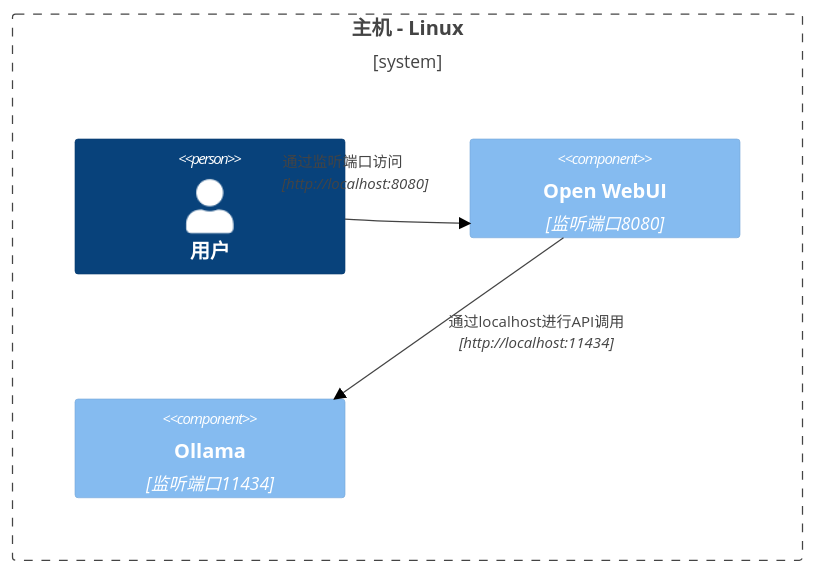
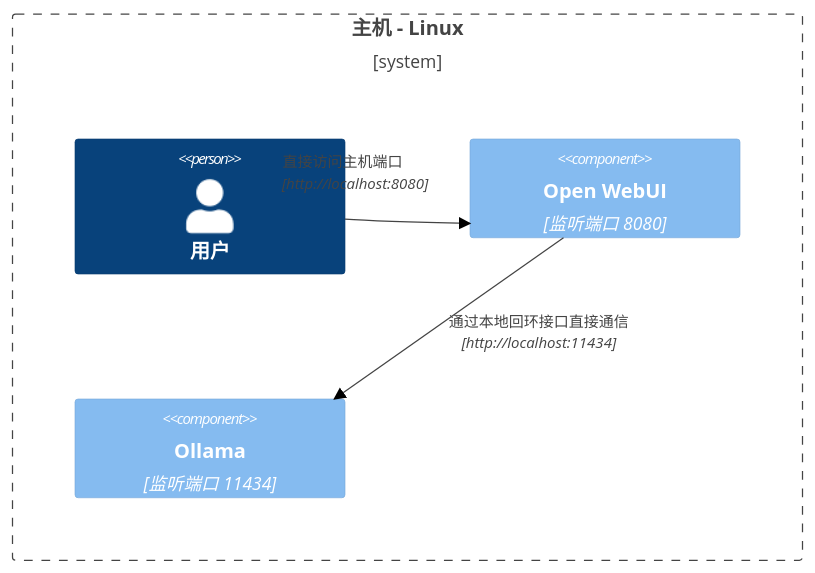
One commit to LazyG9/openwebui-doc-zh changed the eighth of 8 diagrams in docs/troubleshooting/network-diagrams.mdx. Above: the diagram before and after it, drawn with Mermaid (neutral theme). The commit also changed other lines of this file and 151 other files, not shown here.

````diff
--- a/docs/troubleshooting/network-diagrams.mdx
+++ b/docs/troubleshooting/network-diagrams.mdx
@@ -150,11 +151,11 @@
 ```mermaid
 C4Context
 Boundary(b0, "主机 - Linux") {
    Person(user, "用户")
-   Component(openwebui, "Open WebUI", "监听端口8080")
-   Component(ollama, "Ollama", "监听端口11434")
+   Component(openwebui, "Open WebUI", "监听端口 8080")
+   Component(ollama, "Ollama", "监听端口 11434")
 }
-Rel(openwebui, ollama, "通过localhost进行API调用", "http://localhost:11434")
-Rel(user, openwebui, "通过监听端口访问", "http://localhost:8080")
+Rel(openwebui, ollama, "通过本地回环接口直接通信", "http://localhost:11434")
+Rel(user, openwebui, "直接访问主机端口", "http://localhost:8080")
 UpdateRelStyle(user, openwebui, $offsetX="-100", $offsetY="-50")
 ```
````
